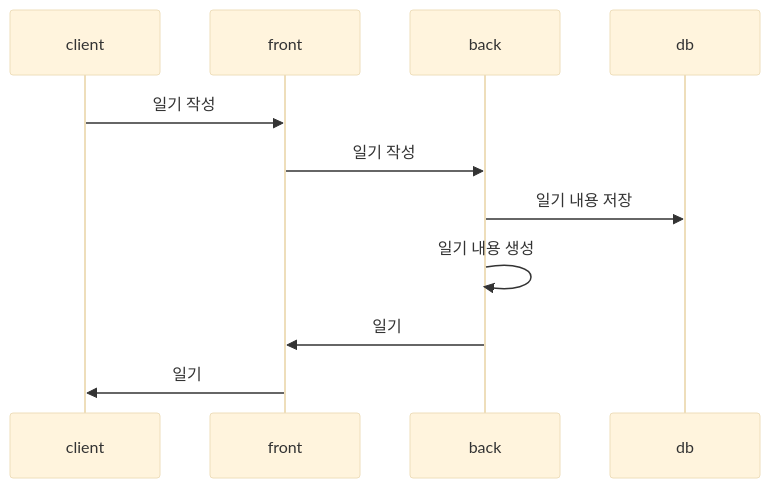
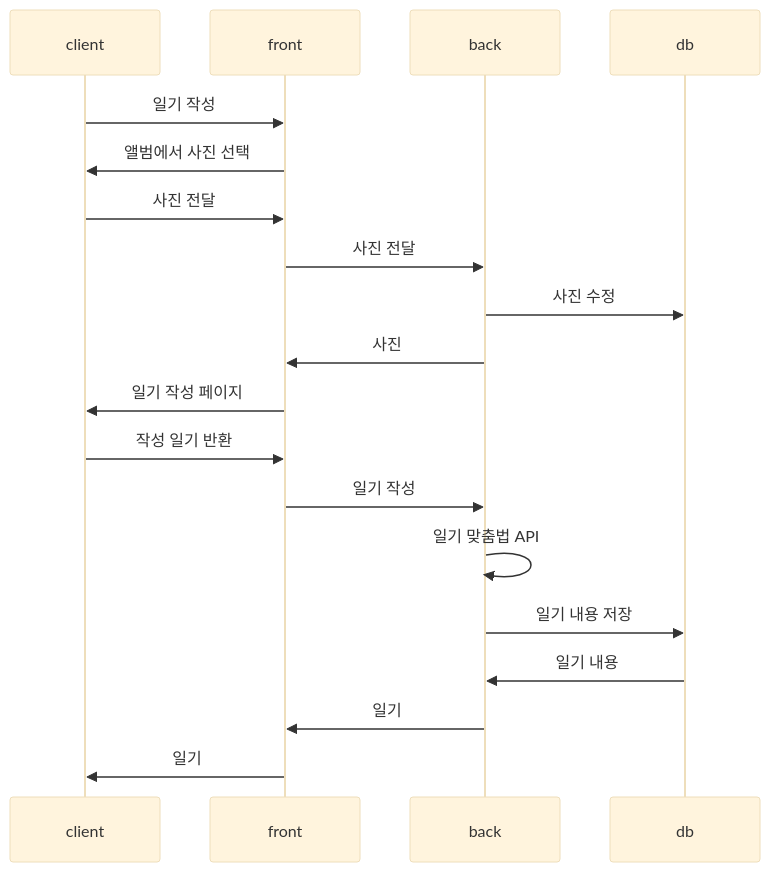
One commit to mintropy/- changed the third of 3 diagrams in exec/README.md. Above: the diagram before and after it, drawn with Mermaid (base theme). The commit also changed other lines of this file and 3 other files, not shown here.

````diff
--- a/exec/README.md
+++ b/exec/README.md
@@ -71,14 +66,23 @@
 ```mermaid
 sequenceDiagram
 participant client
 participant front
 participant back
 participant db
 
 client ->> front: 일기 작성
+front ->> client: 앨범에서 사진 선택
+client ->> front : 사진 전달
+front ->> back : 사진 전달
+back ->> db : 사진 수정
+
+back ->> front : 사진
+front ->> client : 일기 작성 페이지
+client ->> front : 작성 일기 반환
 front ->> back : 일기 작성
+back ->> back : 일기 맞춤법 API
 back ->> db : 일기 내용 저장
-back ->> back : 일기 내용 생성
+db ->> back : 일기 내용
 back ->> front : 일기
 front ->> client : 일기
 ```
````
